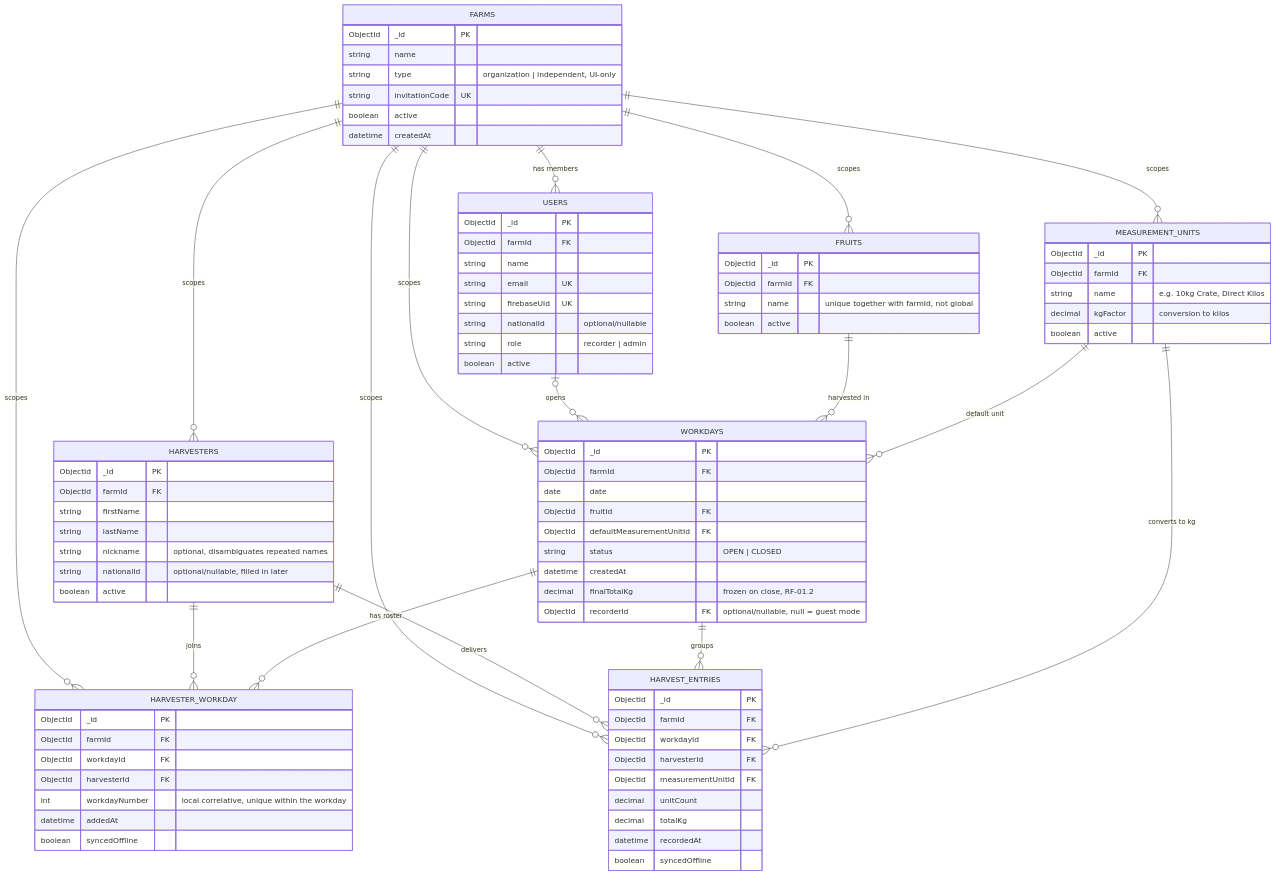
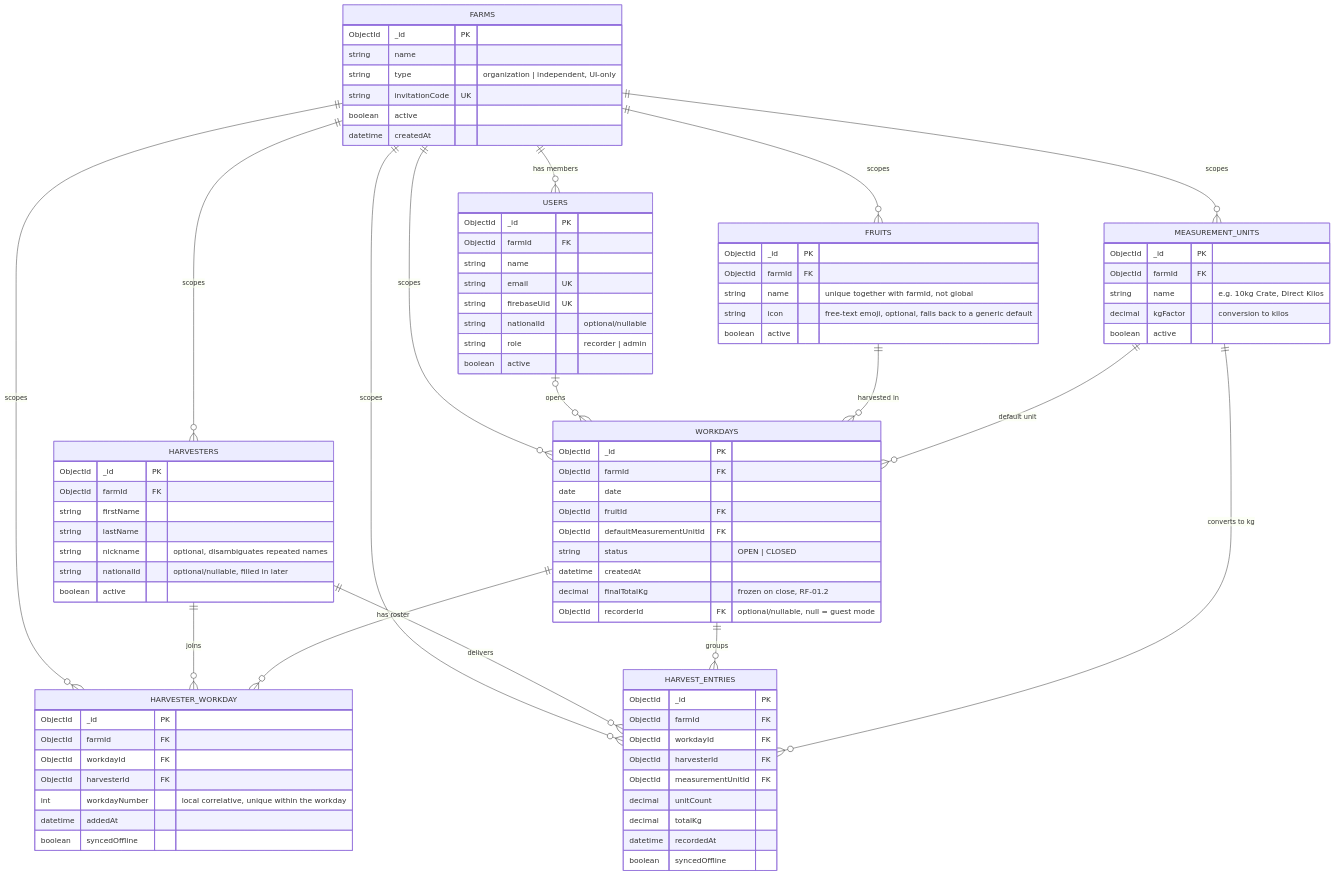
One commit to ignaciooocs/NovaFarm changed the diagram in docs/diagrams/modelo-datos.md. Above: the diagram before and after it, drawn with Mermaid. The commit also changed 2 other files, not shown here.

Commit message:
docs: update CLAUDE.md and ui-arquitectura.md for this session's work
Covers today's session: Home/History/recorder attribution, the fruits
icon grid, harvesters/measurement-units/team flat-row redesign, the
add-harvester rework, the direct-weighing discount toggle, and the
login/signup + logout-confirmation redesign - including the design
iterations and course-corrections along the way, and what's still
unconfirmed on a physical device.

```diff
--- a/docs/diagrams/modelo-datos.md
+++ b/docs/diagrams/modelo-datos.md
@@ -56,6 +56,7 @@
         ObjectId _id PK
         ObjectId farmId FK
         string name "unique together with farmId, not global"
+        string icon "free-text emoji, optional, falls back to a generic default"
         boolean active
     }
 
```
